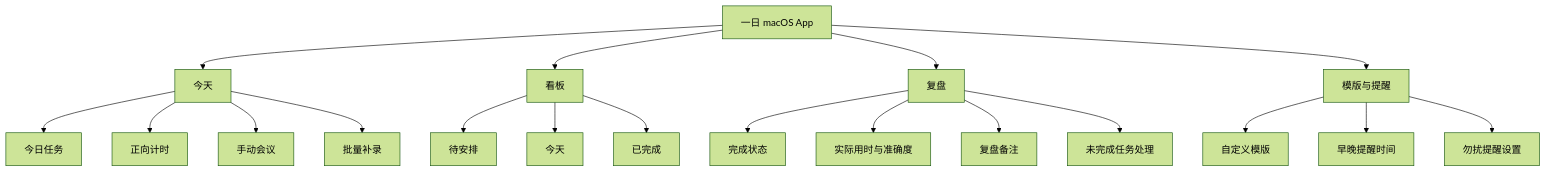
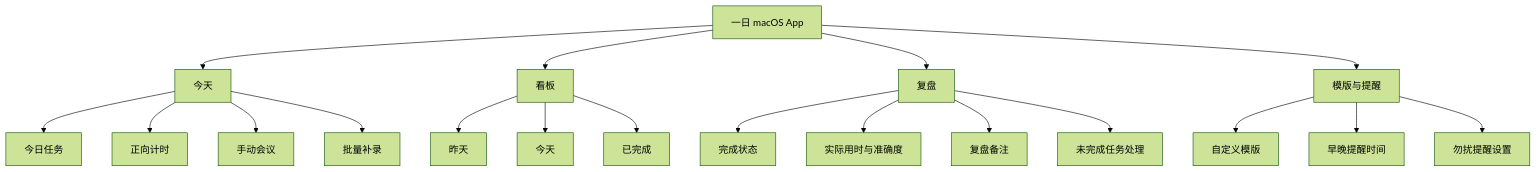
Before and after one commit to caoaolei/One-Day: the second of 6 diagrams in PRODUCT_SPEC.md, drawn with Mermaid (forest theme). The commit also changed other lines of this file and 8 other files, not shown here.

````diff
--- a/PRODUCT_SPEC.md
+++ b/PRODUCT_SPEC.md
@@ -84,25 +84,25 @@
 ```mermaid
 flowchart TB
     App["一日 macOS App"] --> Today["今天"]
     App --> Board["看板"]
     App --> Review["复盘"]
     App --> Templates["模版与提醒"]
 
     Today --> T1["今日任务"]
     Today --> T2["正向计时"]
     Today --> T3["手动会议"]
     Today --> T4["批量补录"]
 
-    Board --> B1["待安排"]
+    Board --> B1["昨天"]
     Board --> B2["今天"]
     Board --> B3["已完成"]
 
     Review --> R1["完成状态"]
     Review --> R2["实际用时与准确度"]
     Review --> R3["复盘备注"]
     Review --> R4["未完成任务处理"]
 
     Templates --> M1["自定义模版"]
     Templates --> M2["早晚提醒时间"]
     Templates --> M3["勿扰提醒设置"]
 ```
````
